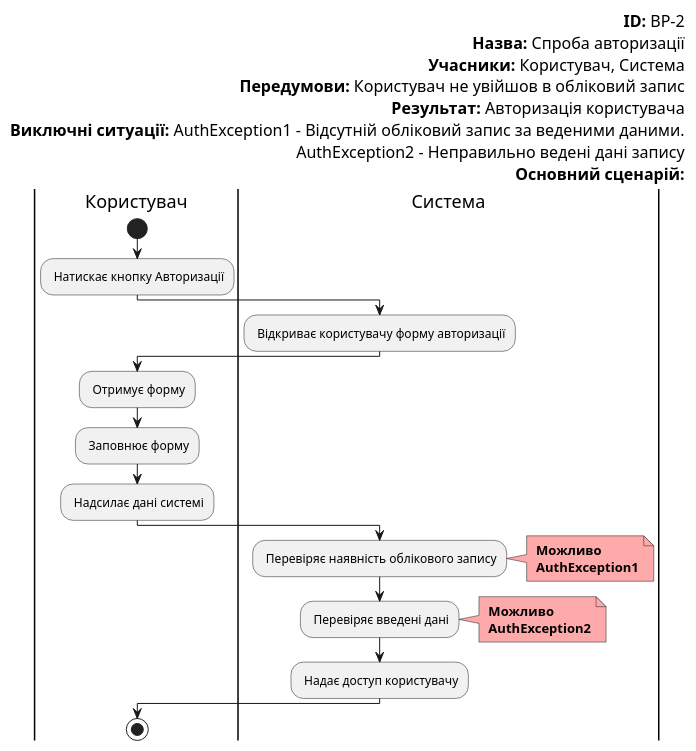
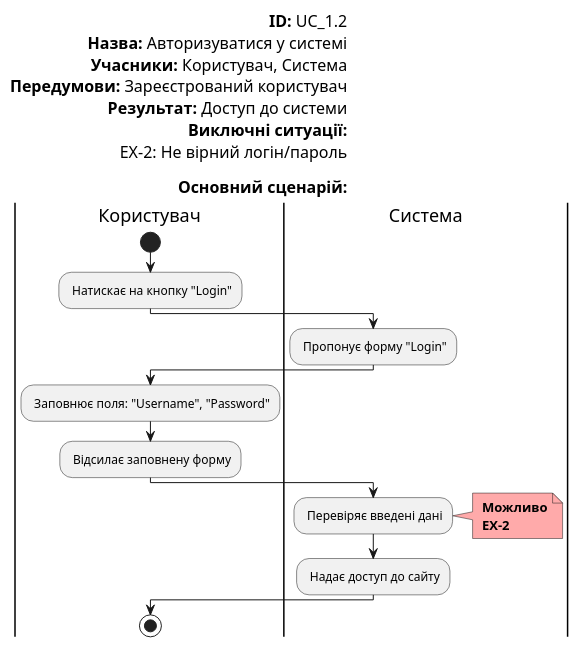
One commit to edu-db/edu_db_labs changed the sixth of 19 diagrams in docs/use cases/README.md. Above: the diagram before and after it, drawn with PlantUML. The commit also changed other lines of this file, not shown here.

```diff
--- a/docs/use cases/README.md
+++ b/docs/use cases/README.md
@@ -208,42 +201,32 @@
 @startuml
 
     left header
-<font color=000 size=16><b>ID:</b> ВP-2
-<font color=000 size=16><b>Назва:</b> Спроба авторизації 
-<font color=000 size=16><b>Учасники:</b> Користувач, Система
-<font color=000 size=16><b>Передумови:</b> Користувач не увійшов в обліковий запис
-<font color=000 size=16><b>Результат:</b> Авторизація користувача
-<font color=000 size=16><b>Виключні ситуації:</b> AuthException1 - Відсутній обліковий запис за веденими даними. 
-<font color=000 size=16> AuthException2 - Неправильно ведені дані запису
-<font color=000 size=16><b>Основний сценарій:</b>
-end header
+        <font color=000 size=16><b>ID:</b> UC_1.2
+        <font color=000 size=16><b>Назва:</b> Авторизуватися у системі
+        <font color=000 size=16><b>Учасники:</b> Користувач, Система
+        <font color=000 size=16><b>Передумови:</b> Зареєстрований користувач
+        <font color=000 size=16><b>Результат:</b> Доступ до системи
+        <font color=000 size=16><b>Виключні ситуації:</b>
+        <font color=000 size=16>EX-2: Не вірний логін/пароль
 
-|Користувач|
-    start
-    : Натискає кнопку Авторизації;
-|Система|
-    : Відкриває користувачу форму авторизації;
-|Користувач|
-    : Отримує форму;
-|Користувач|
-    : Заповнює форму;
-|Користувач|
-    : Надсилає дані системі;
-|Система|   
-    : Перевіряє наявність облікового запису;
-    note right #ffaaaa
-    <b> Можливо
-    <b> AuthException1
-    end note
+        <font color=000 size=16><b>Основний сценарій:</b>
+    end header
 
-|Система|   
-    : Перевіряє введені дані;
-    note right #ffaaaa
-    <b> Можливо
-    <b> AuthException2
-    end note
-    : Надає доступ користувачу;
-    
-|Користувач|
-    stop;
+    |Користувач|
+        start
+        : Натискає на кнопку "Login";
+    |Система|
+        : Пропонує форму "Login";
+    |Користувач|
+        : Заповнює поля: "Username", "Password";
+        : Відсилає заповнену форму;
+    |Система|
+        : Перевіряє введені дані;
+        note right #ffaaaa
+        <b> Можливо
+        <b> EX-2
+        end note
+        : Надає доступ до сайту;
+    |Користувач|
+        stop;
 @enduml
```
